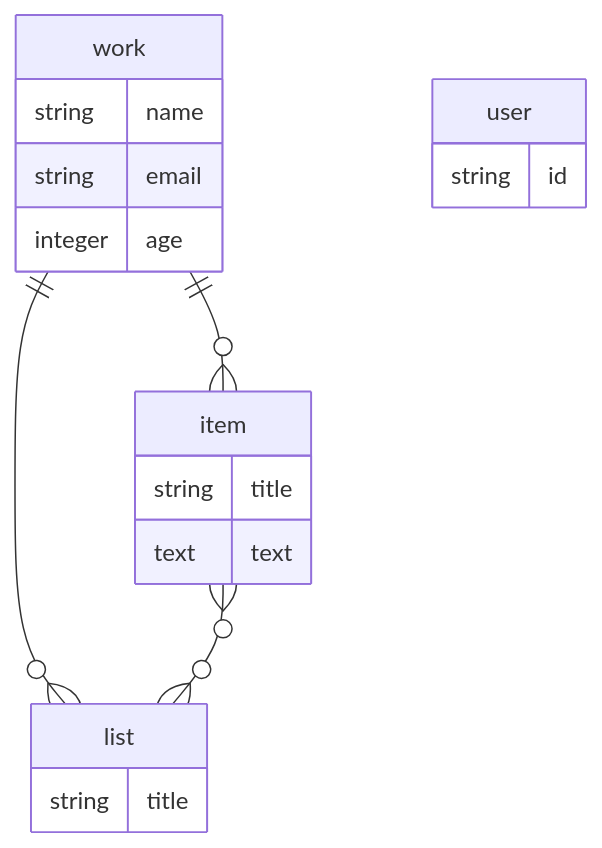
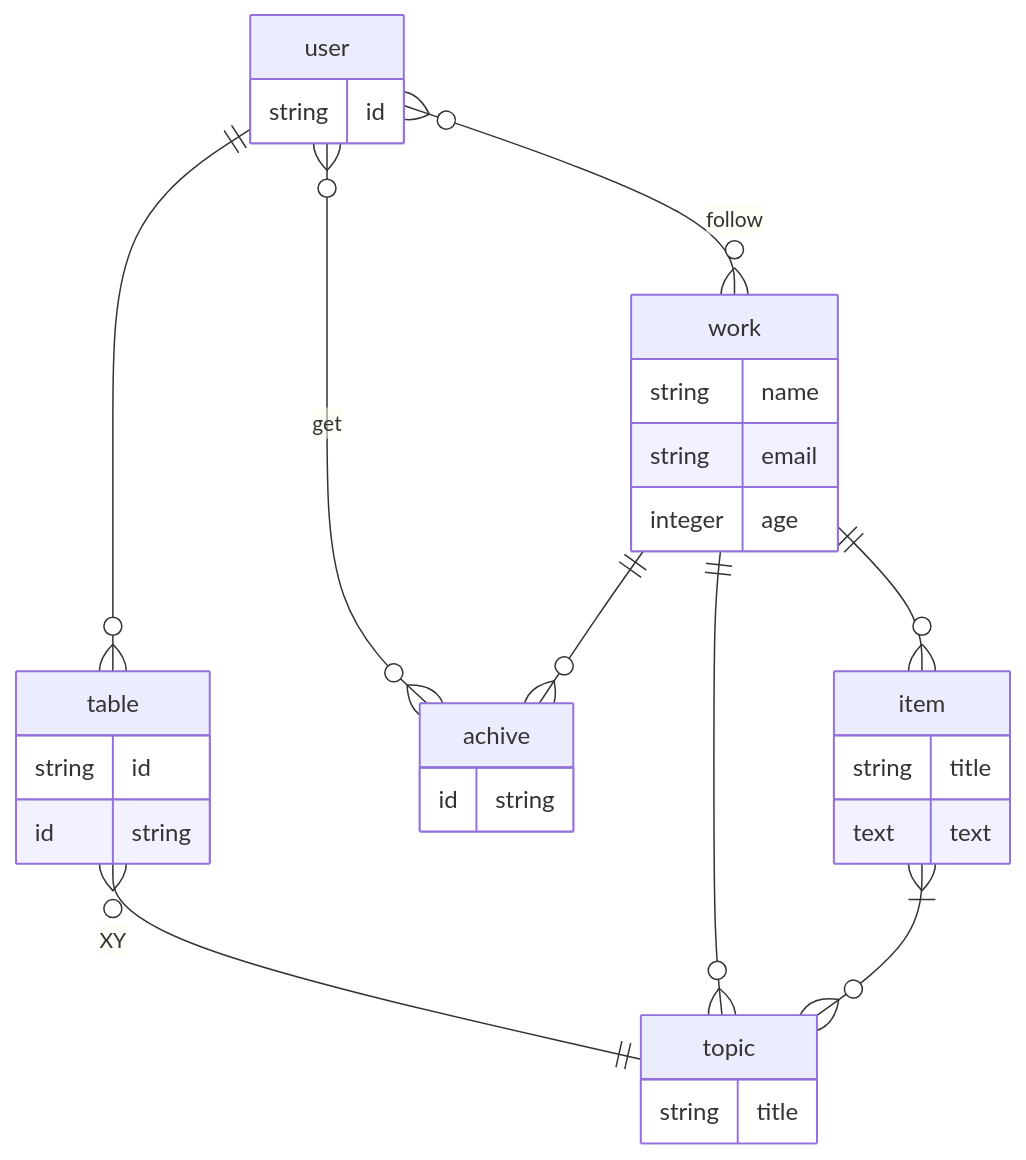
One commit to elzup/waiwai-wiki changed the diagram in doc/er.md. Above: the diagram before and after it, drawn with Mermaid. The commit also changed 1 other file, not shown here.

Commit message:
update er

````diff
--- a/doc/er.md
+++ b/doc/er.md
@@ -1,26 +1,46 @@
 ```mermaid
 erDiagram
 
 work ||--o{ item: ""
-work ||--o{ list: ""
-item }o--o{ list: ""
+item }|--o{ topic: ""
+work ||--o{ topic: ""
+
+work ||--o{ achive: ""
+
+user }o--o{ work: "follow"
+user ||--o{ table: ""
+user }o--o{ achive: "get"
+
+table }o--|| topic: "XY"
 
 work {
   string name
   string email
   integer age
 }
 
+topic {
+  string title
+}
+
 item {
   string title
   text text
 }
 
-list {
-  string title
-}
-
 user {
   string id
 }
+
+table {
+  string id
+}
+
+table {
+  id string
+}
+
+achive {
+  id string
+}
 ```
````
